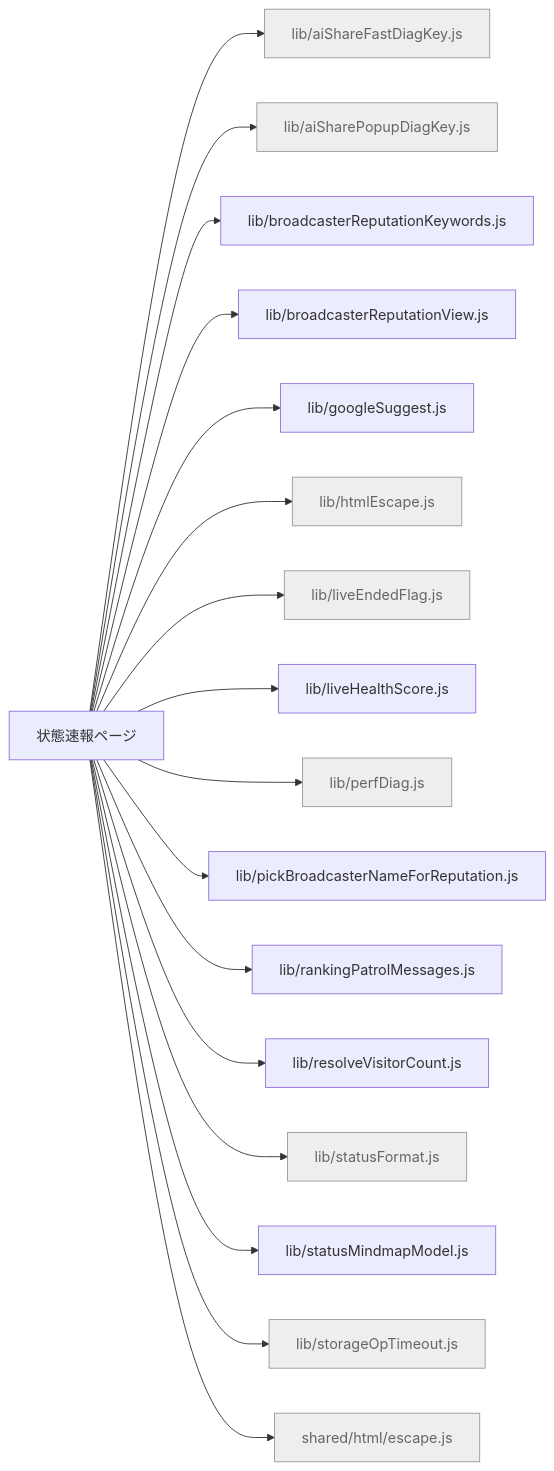
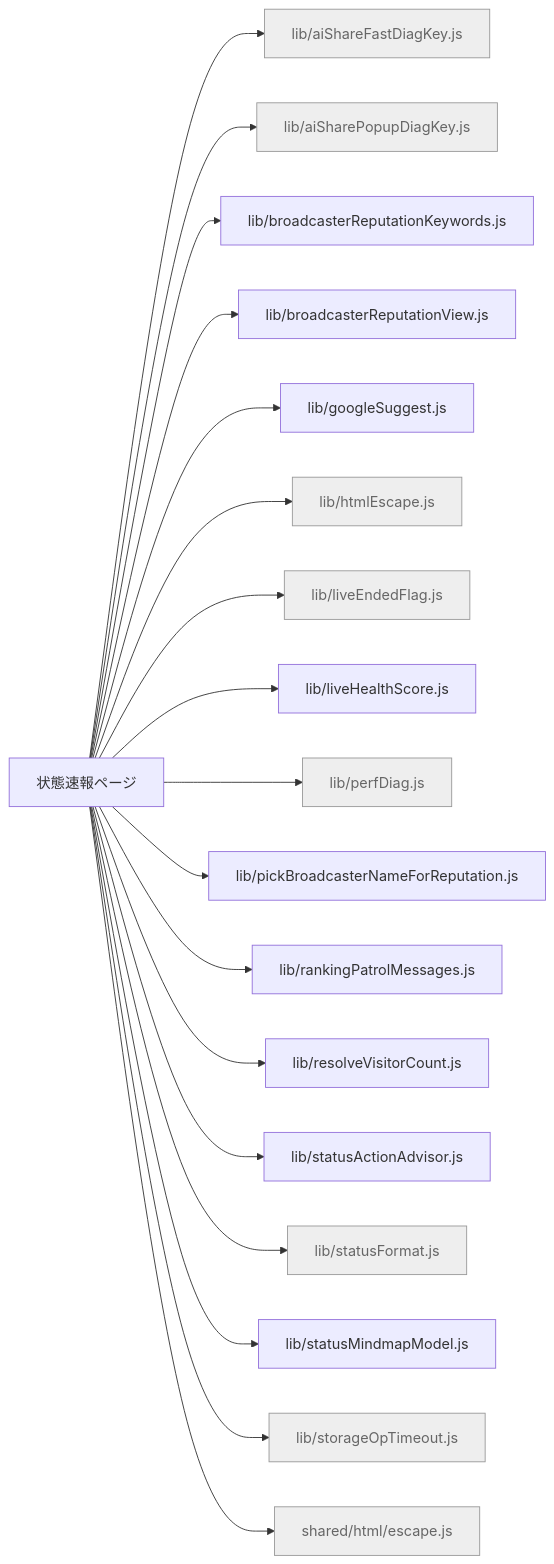
The diagram in docs/feature-map/status.md (kimito-link/tsuioku-no-kirameki.com), drawn with Mermaid before and after one commit. The commit also changed 17 other files, not shown here.

````diff
--- a/docs/feature-map/status.md
+++ b/docs/feature-map/status.md
@@ -13,21 +13,22 @@
 ```mermaid
 graph LR
   n_status["状態速報ページ"]
   n_status --> n_src_lib_aiShareFastDiagKey_js["lib/aiShareFastDiagKey.js"]:::shared
   n_status --> n_src_lib_aiSharePopupDiagKey_js["lib/aiSharePopupDiagKey.js"]:::shared
   n_status --> n_src_lib_broadcasterReputationKeywords_js["lib/broadcasterReputationKeywords.js"]
   n_status --> n_src_lib_broadcasterReputationView_js["lib/broadcasterReputationView.js"]
   n_status --> n_src_lib_googleSuggest_js["lib/googleSuggest.js"]
   n_status --> n_src_lib_htmlEscape_js["lib/htmlEscape.js"]:::shared
   n_status --> n_src_lib_liveEndedFlag_js["lib/liveEndedFlag.js"]:::shared
   n_status --> n_src_lib_liveHealthScore_js["lib/liveHealthScore.js"]
   n_status --> n_src_lib_perfDiag_js["lib/perfDiag.js"]:::shared
   n_status --> n_src_lib_pickBroadcasterNameForReputation_js["lib/pickBroadcasterNameForReputation.js"]
   n_status --> n_src_lib_rankingPatrolMessages_js["lib/rankingPatrolMessages.js"]
   n_status --> n_src_lib_resolveVisitorCount_js["lib/resolveVisitorCount.js"]
+  n_status --> n_src_lib_statusActionAdvisor_js["lib/statusActionAdvisor.js"]
   n_status --> n_src_lib_statusFormat_js["lib/statusFormat.js"]:::shared
   n_status --> n_src_lib_statusMindmapModel_js["lib/statusMindmapModel.js"]
   n_status --> n_src_lib_storageOpTimeout_js["lib/storageOpTimeout.js"]:::shared
   n_status --> n_src_shared_html_escape_js["shared/html/escape.js"]:::shared
   classDef shared fill:#eee,stroke:#999,color:#666;
 ```
````
